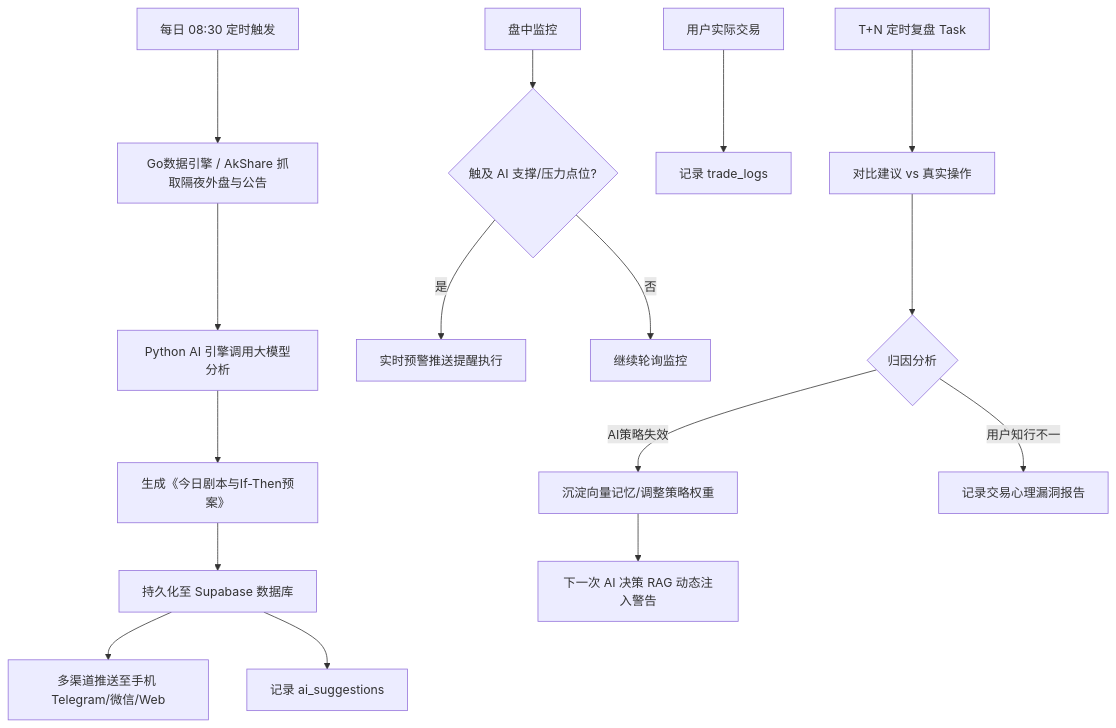
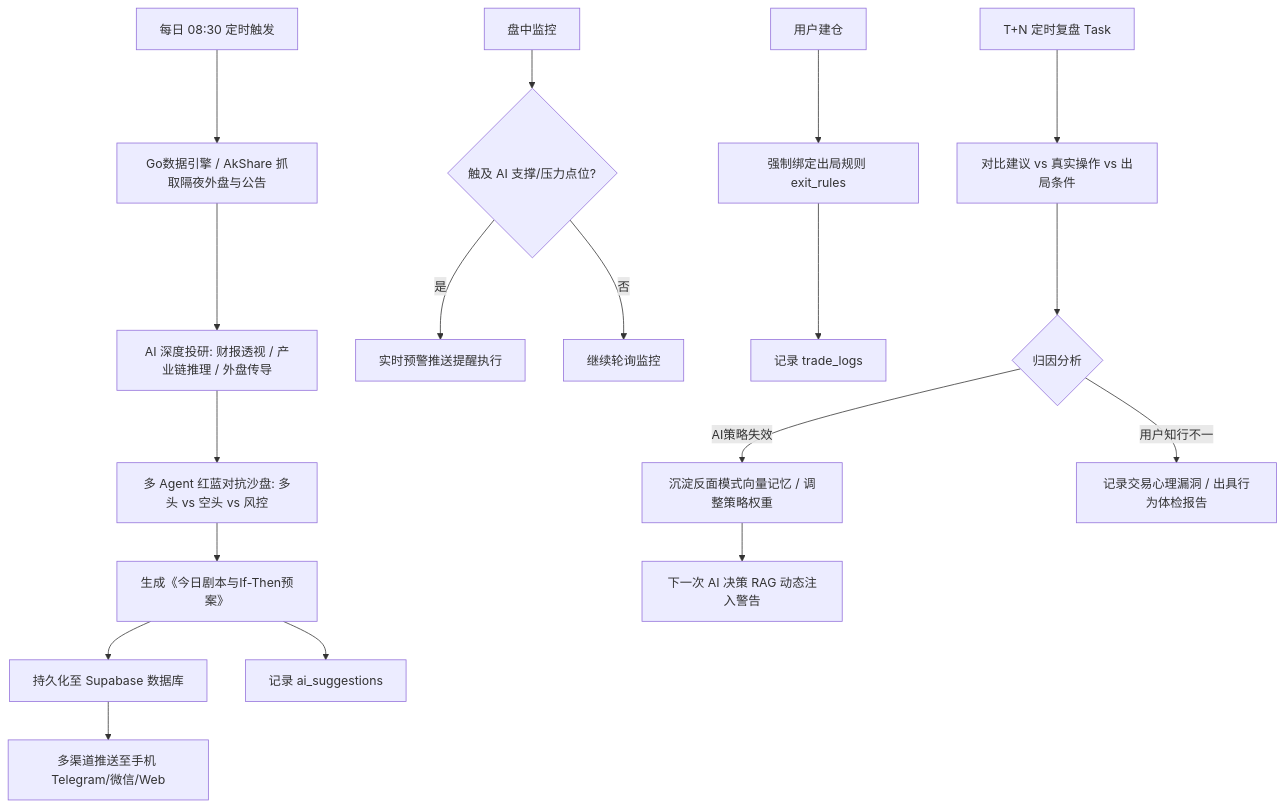
Before and after one commit to sinojelly/wealthsail: the first of 5 diagrams in docs/01.WealthSail投研平台需求文档.md, drawn with Mermaid. The commit also changed other lines of this file, not shown here.

````diff
--- a/docs/01.WealthSail投研平台需求文档.md
+++ b/docs/01.WealthSail投研平台需求文档.md
@@ -38,21 +40,23 @@
 ```mermaid
 flowchart TD
     A[每日 08:30 定时触发] --> B[Go数据引擎 / AkShare 抓取隔夜外盘与公告]
-    B --> C[Python AI 引擎调用大模型分析]
-    C --> D[生成《今日剧本与If-Then预案》]
-    D --> E[持久化至 Supabase 数据库]
-    E --> F[多渠道推送至手机 Telegram/微信/Web]
+    B --> C[AI 深度投研: 财报透视 / 产业链推理 / 外盘传导]
+    C --> D[多 Agent 红蓝对抗沙盘: 多头 vs 空头 vs 风控]
+    D --> E[生成《今日剧本与If-Then预案》]
+    E --> F[持久化至 Supabase 数据库]
+    F --> G[多渠道推送至手机 Telegram/微信/Web]
     
-    G[盘中监控] --> H{触及 AI 支撑/压力点位?}
-    H -- 是 --> I[实时预警推送提醒执行]
-    H -- 否 --> J[继续轮询监控]
+    H[盘中监控] --> I{触及 AI 支撑/压力点位?}
+    I -- 是 --> J[实时预警推送提醒执行]
+    I -- 否 --> K[继续轮询监控]
     
-    K[用户实际交易] --> L[记录 trade_logs]
-    E --> M[记录 ai_suggestions]
+    L[用户建仓] --> M[强制绑定出局规则 exit_rules]
+    M --> N[记录 trade_logs]
+    E --> O[记录 ai_suggestions]
     
-    N[T+N 定时复盘 Task] --> O[对比建议 vs 真实操作]
-    O --> P{归因分析}
-    P -- AI策略失效 --> Q[沉淀向量记忆/调整策略权重]
-    P -- 用户知行不一 --> R[记录交易心理漏洞报告]
-    Q --> S[下一次 AI 决策 RAG 动态注入警告]
+    P[T+N 定时复盘 Task] --> Q[对比建议 vs 真实操作 vs 出局条件]
+    Q --> R{归因分析}
+    R -- AI策略失效 --> S[沉淀反面模式向量记忆 / 调整策略权重]
+    R -- 用户知行不一 --> T[记录交易心理漏洞 / 出具行为体检报告]
+    S --> U[下一次 AI 决策 RAG 动态注入警告]
 ```
````
